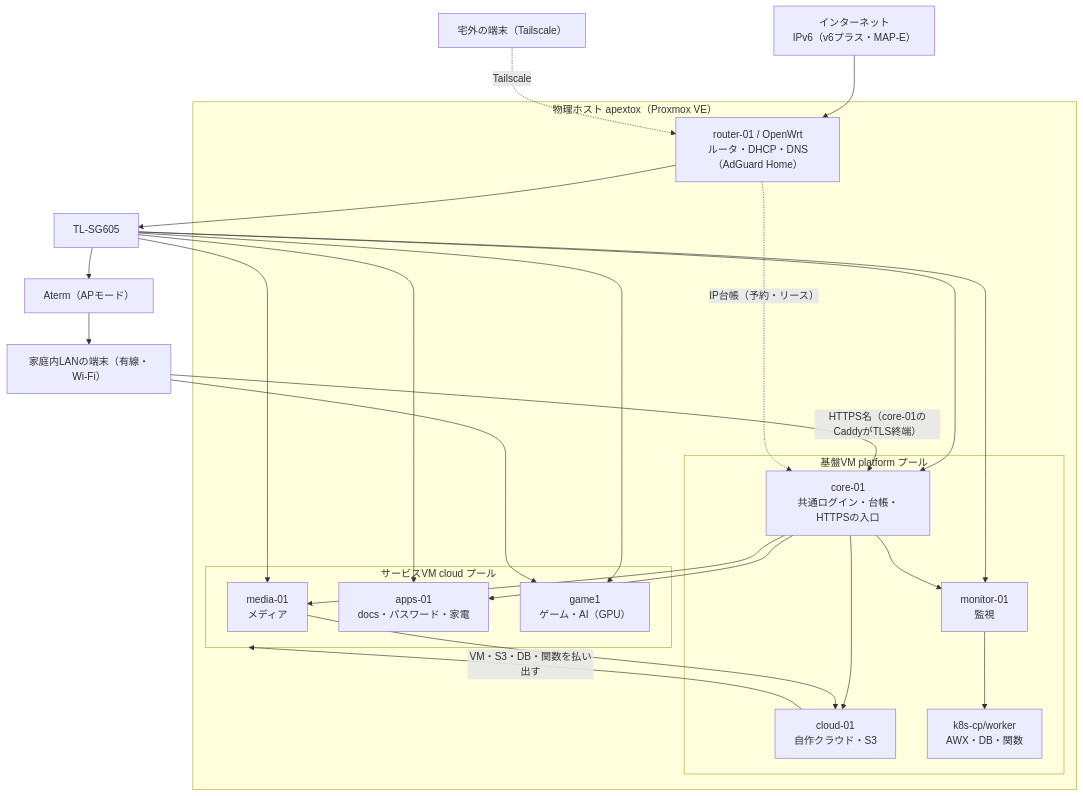
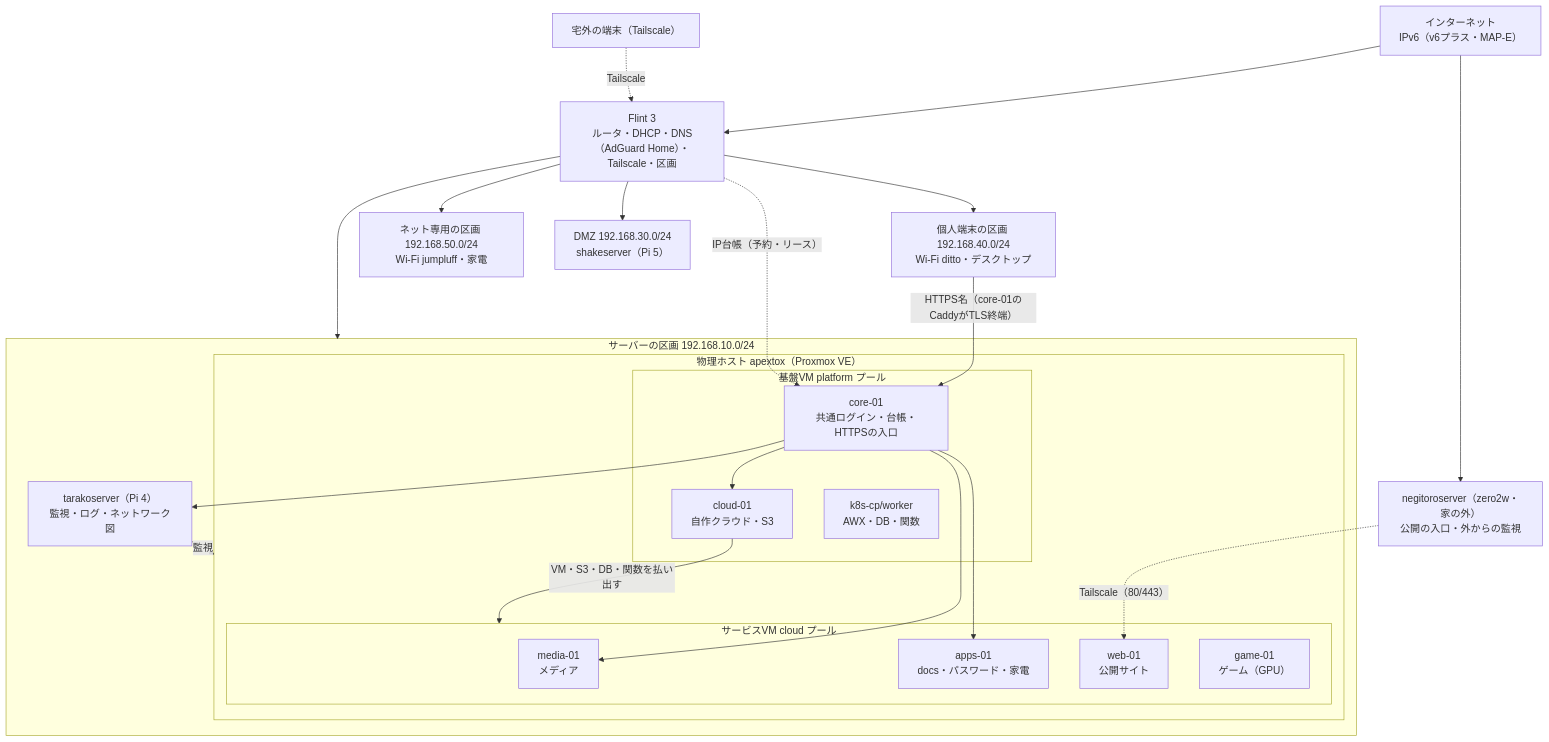
One commit to rurutheGeek/shake-cloud changed the first of 14 diagrams in docs/architecture/overview.md. Above: the diagram before and after it, drawn with Mermaid. The commit also changed other lines of this file and 26 other files, not shown here.

First line of the commit message:
docs: Flint 3・tarakoserver・DMZ・Loki に合わせて、運用と構成の文書と図を今の構成へ直す

````diff
--- a/docs/architecture/overview.md
+++ b/docs/architecture/overview.md
@@ -29,43 +29,44 @@
 ```mermaid
 flowchart TB
   internet["インターネット<br/>IPv6（v6プラス・MAP-E）"]
-  devices["家庭内LANの端末（有線・Wi-Fi）"]
   remote["宅外の端末（Tailscale）"]
+  relay["negitoroserver（zero2w・家の外）<br/>公開の入口・外からの監視"]
+  router["Flint 3<br/>ルータ・DHCP・DNS（AdGuard Home）・Tailscale・区画"]
 
-  subgraph host["物理ホスト apextox（Proxmox VE）"]
-    router["router-01 / OpenWrt<br/>ルータ・DHCP・DNS（AdGuard Home）"]
-    subgraph infra["基盤VM platform プール"]
-      core01["core-01<br/>共通ログイン・台帳・HTTPSの入口"]
-      cloud01["cloud-01<br/>自作クラウド・S3"]
-      monitor["monitor-01<br/>監視"]
-      k8s["k8s-cp/worker<br/>AWX・DB・関数"]
+  subgraph server["サーバーの区画 192.168.10.0/24"]
+    subgraph host["物理ホスト apextox（Proxmox VE）"]
+      subgraph infra["基盤VM platform プール"]
+        core01["core-01<br/>共通ログイン・台帳・HTTPSの入口"]
+        cloud01["cloud-01<br/>自作クラウド・S3"]
+        k8s["k8s-cp/worker<br/>AWX・DB・関数"]
+      end
+      subgraph svcpool["サービスVM cloud プール"]
+        media["media-01<br/>メディア"]
+        apps["apps-01<br/>docs・パスワード・家電"]
+        web["web-01<br/>公開サイト"]
+        game["game-01<br/>ゲーム（GPU）"]
+      end
     end
-    subgraph svcpool["サービスVM cloud プール"]
-      media["media-01<br/>メディア"]
-      apps["apps-01<br/>docs・パスワード・家電"]
-      game["game1<br/>ゲーム・AI（GPU）"]
-    end
+    taraco["tarakoserver（Pi 4）<br/>監視・ログ・ネットワーク図"]
   end
-  switch["TL-SG605"]
-  aterm["Aterm（APモード）"]
+  personal["個人端末の区画 192.168.40.0/24<br/>Wi-Fi ditto・デスクトップ"]
+  iot["ネット専用の区画 192.168.50.0/24<br/>Wi-Fi jumpluff・家電"]
+  dmz["DMZ 192.168.30.0/24<br/>shakeserver（Pi 5）"]
 
   internet --> router
-  router --> switch
-  switch --> aterm --> devices
-  switch --> core01
-  switch --> apps
-  switch --> media
-  switch --> monitor
-  switch --> game
+  router --> server
+  router --> personal
+  router --> iot
+  router --> dmz
   remote -. Tailscale .-> router
-  devices -- "HTTPS名（core-01のCaddyがTLS終端）" --> core01
+  internet --> relay
+  relay -. "Tailscale（80/443）" .-> web
+  personal -- "HTTPS名（core-01のCaddyがTLS終端）" --> core01
   core01 --> apps
   core01 --> media
-  core01 --> monitor
+  core01 --> taraco
   core01 --> cloud01
-  devices --> game
   cloud01 -- "VM・S3・DB・関数を払い出す" --> svcpool
-  media --> cloud01
-  monitor --> k8s
+  taraco -. "監視" .-> host
   router -. "IP台帳（予約・リース）" .-> core01
 ```
````
